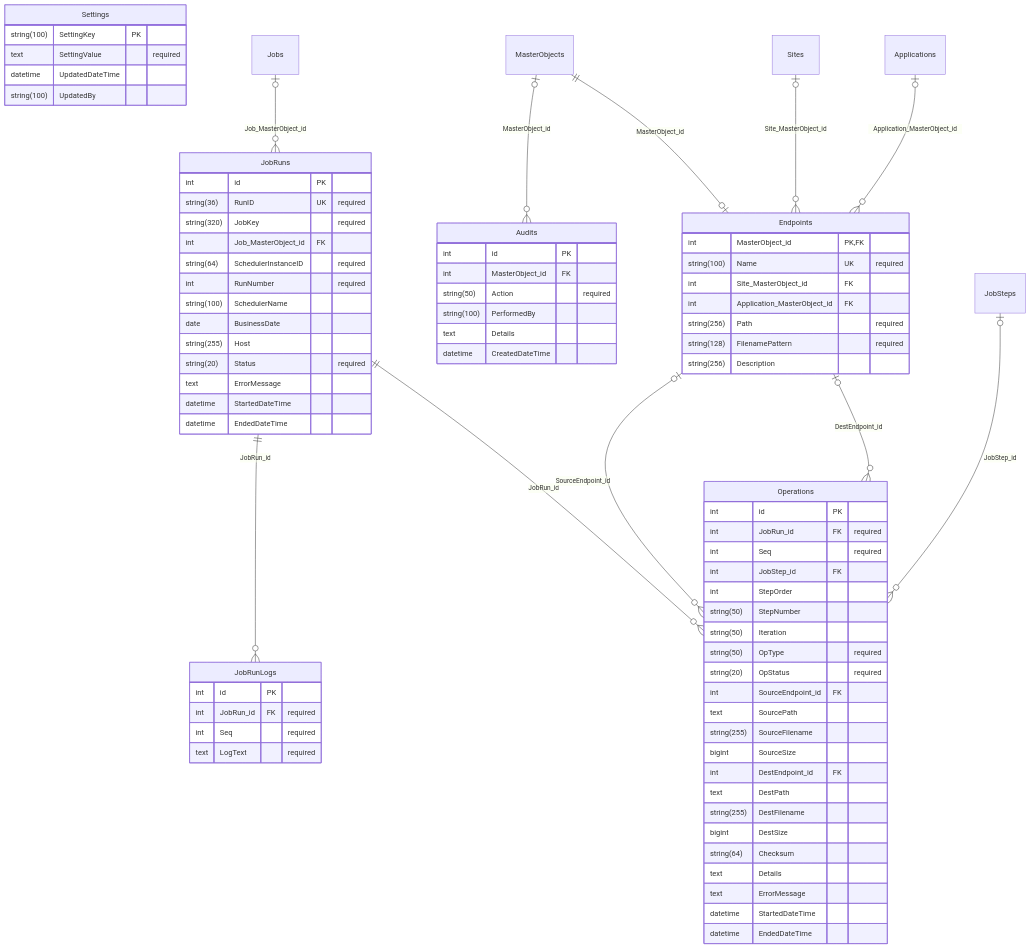
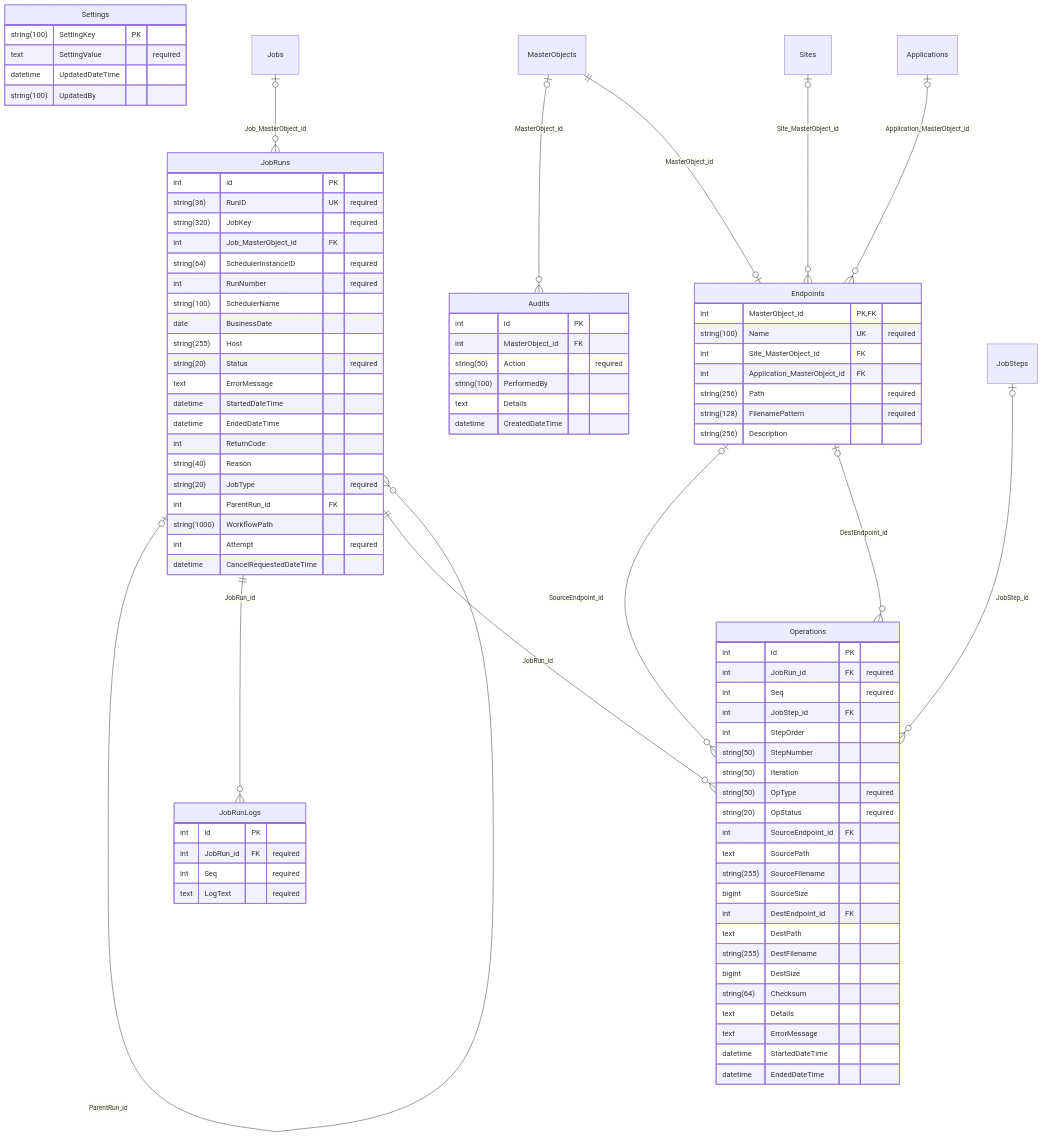
The fifth of 5 diagrams in docs/DB_SCHEMA.md (JayCBoal/AutomationApp), drawn with Mermaid before and after one commit. The commit also changed other lines of this file and 7 other files, not shown here.

```diff
--- a/docs/DB_SCHEMA.md
+++ b/docs/DB_SCHEMA.md
@@ -209,6 +302,13 @@
         text ErrorMessage
         datetime StartedDateTime
         datetime EndedDateTime
+        int ReturnCode
+        string(40) Reason
+        string(20) JobType "required"
+        int ParentRun_id FK
+        string(1000) WorkflowPath
+        int Attempt "required"
+        datetime CancelRequestedDateTime
     }
     JobRunLogs {
         int id PK
@@ -256,6 +356,7 @@
     }
     MasterObjects |o--o{ Audits : "MasterObject_id"
     Jobs |o--o{ JobRuns : "Job_MasterObject_id"
+    JobRuns |o--o{ JobRuns : "ParentRun_id"
     MasterObjects ||--o| Endpoints : "MasterObject_id"
     Sites |o--o{ Endpoints : "Site_MasterObject_id"
     Applications |o--o{ Endpoints : "Application_MasterObject_id"
```
